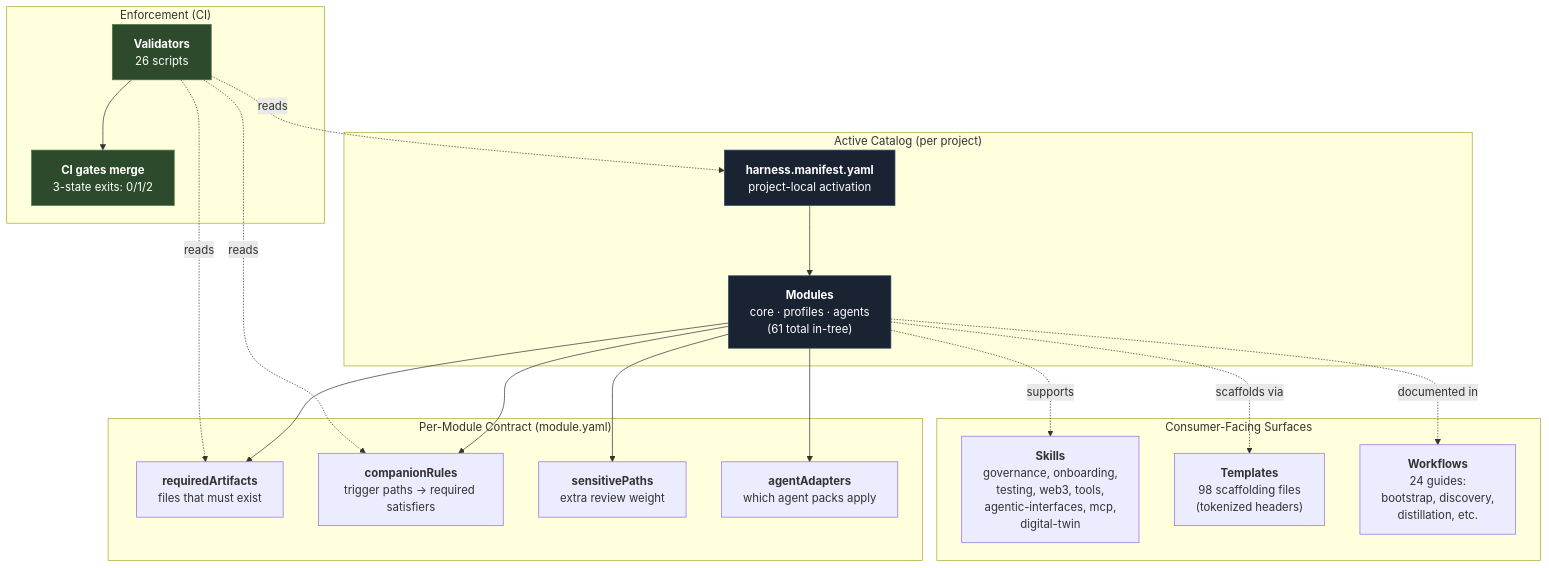
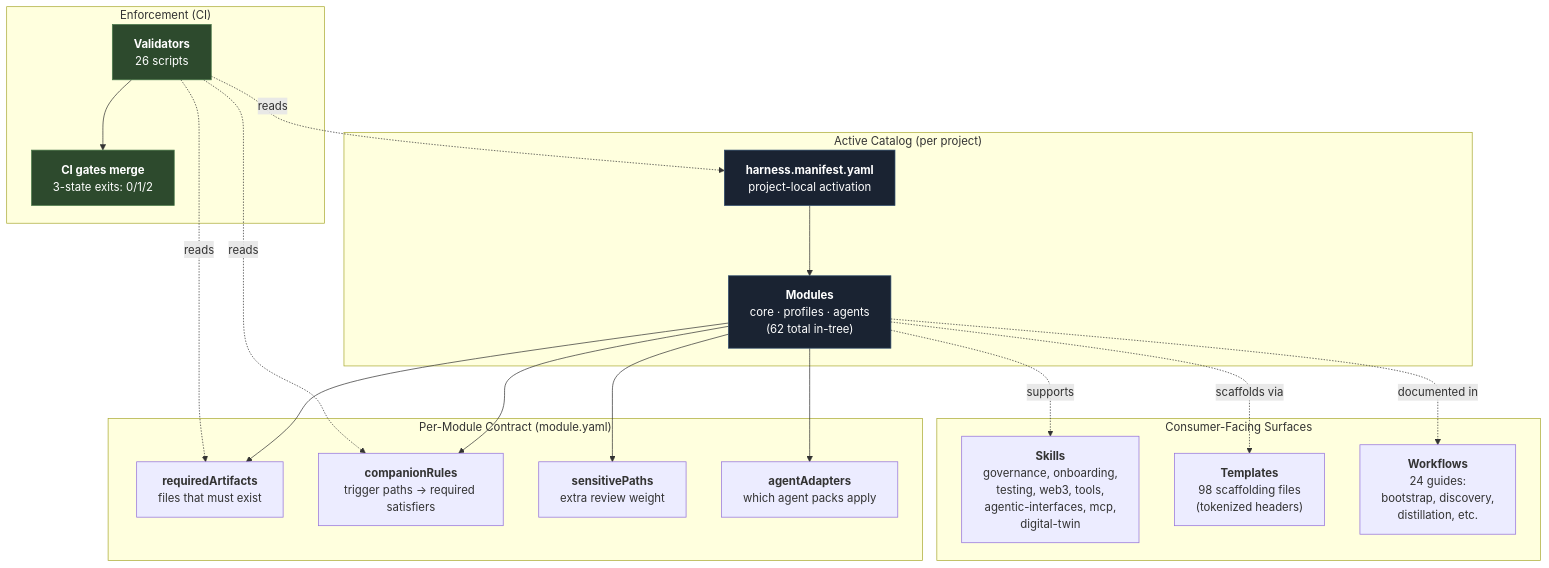
One commit to unclenate/auto-harness changed the first of 16 diagrams in docs/architecture/diagrams.md. Above: the diagram before and after it, drawn with Mermaid. The commit also changed 13 other files, not shown here.

````diff
--- a/docs/architecture/diagrams.md
+++ b/docs/architecture/diagrams.md
@@ -53,38 +53,38 @@
 ```mermaid
 flowchart TD
     Manifest["<b>harness.manifest.yaml</b><br/>project-local activation"]
 
     subgraph CATALOG["Active Catalog (per project)"]
-        Manifest --> Modules["<b>Modules</b><br/>core · profiles · agents<br/>(61 total in-tree)"]
+        Manifest --> Modules["<b>Modules</b><br/>core · profiles · agents<br/>(62 total in-tree)"]
     end
 
     subgraph CONTRACT["Per-Module Contract (module.yaml)"]
         Modules --> Required["<b>requiredArtifacts</b><br/>files that must exist"]
         Modules --> Companions["<b>companionRules</b><br/>trigger paths → required satisfiers"]
         Modules --> Sensitive["<b>sensitivePaths</b><br/>extra review weight"]
         Modules --> Adapters["<b>agentAdapters</b><br/>which agent packs apply"]
     end
 
     subgraph ENFORCE["Enforcement (CI)"]
         Validators["<b>Validators</b><br/>26 scripts"]
         Validators -.reads.-> Manifest
         Validators -.reads.-> Required
         Validators -.reads.-> Companions
         Validators --> CIGate["<b>CI gates merge</b><br/>3-state exits: 0/1/2"]
     end
 
     subgraph SURFACE["Consumer-Facing Surfaces"]
         Skills["<b>Skills</b><br/>governance, onboarding,<br/>testing, web3, tools,<br/>agentic-interfaces, mcp,<br/>digital-twin"]
         Templates["<b>Templates</b><br/>98 scaffolding files<br/>(tokenized headers)"]
         Workflows["<b>Workflows</b><br/>24 guides:<br/>bootstrap, discovery,<br/>distillation, etc."]
     end
 
     Modules -.supports.-> Skills
     Modules -.scaffolds via.-> Templates
     Modules -.documented in.-> Workflows
 
     style Manifest fill:#1a2332,stroke:#2c4a6b,color:#fff
     style Modules fill:#1a2332,stroke:#2c4a6b,color:#fff
     style Validators fill:#2d4a2d,stroke:#4a7a4a,color:#fff
     style CIGate fill:#2d4a2d,stroke:#4a7a4a,color:#fff
 ```
````
